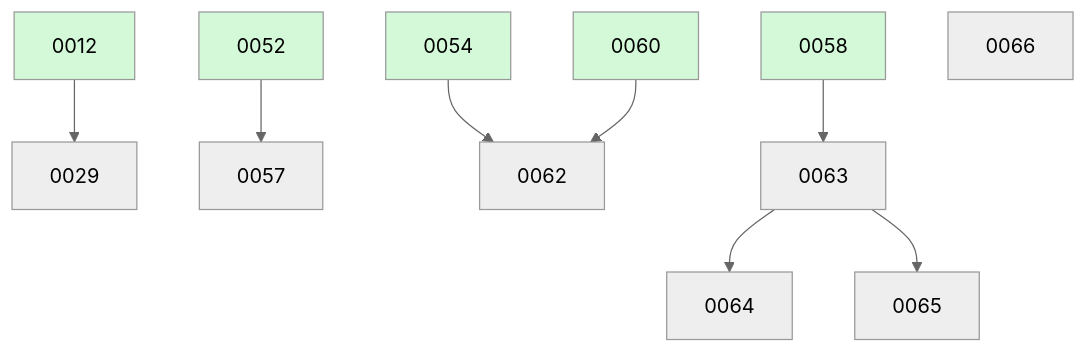
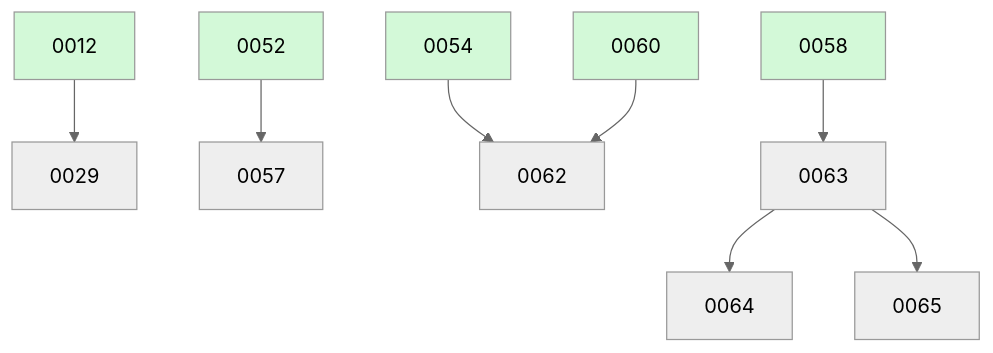
The diagram in docs/changes/BOARD.md (ethanhinson/fuse), drawn with Mermaid (neutral theme) before and after one commit. The commit also changed other lines of this file, not shown here.

````diff
--- a/docs/changes/BOARD.md
+++ b/docs/changes/BOARD.md
@@ -27,17 +21,16 @@
 ```mermaid
 graph TD
   0012 --> 0029
   0052 --> 0057
   0054 --> 0062
   0060 --> 0062
   0058 --> 0063
   0063 --> 0064
   0063 --> 0065
-  0066
   0012:::done
   0052:::done
   0054:::done
   0058:::done
   0060:::done
   classDef done fill:#d3f9d8;
 ```
````
